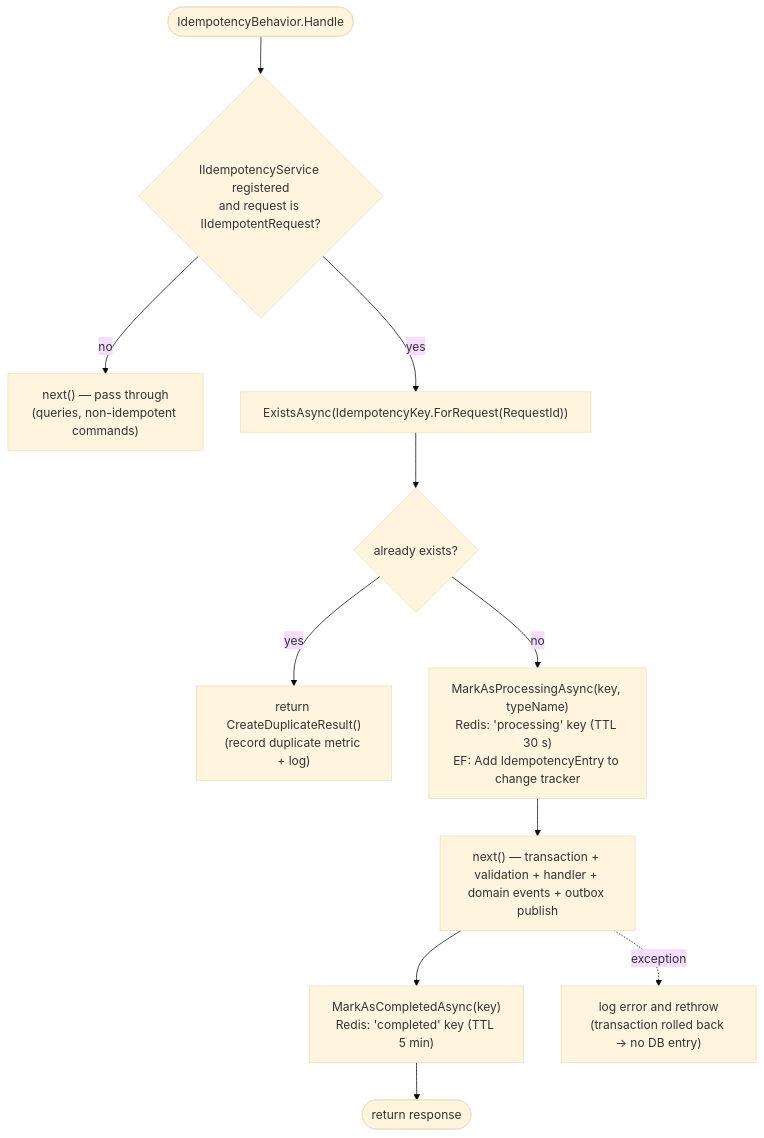
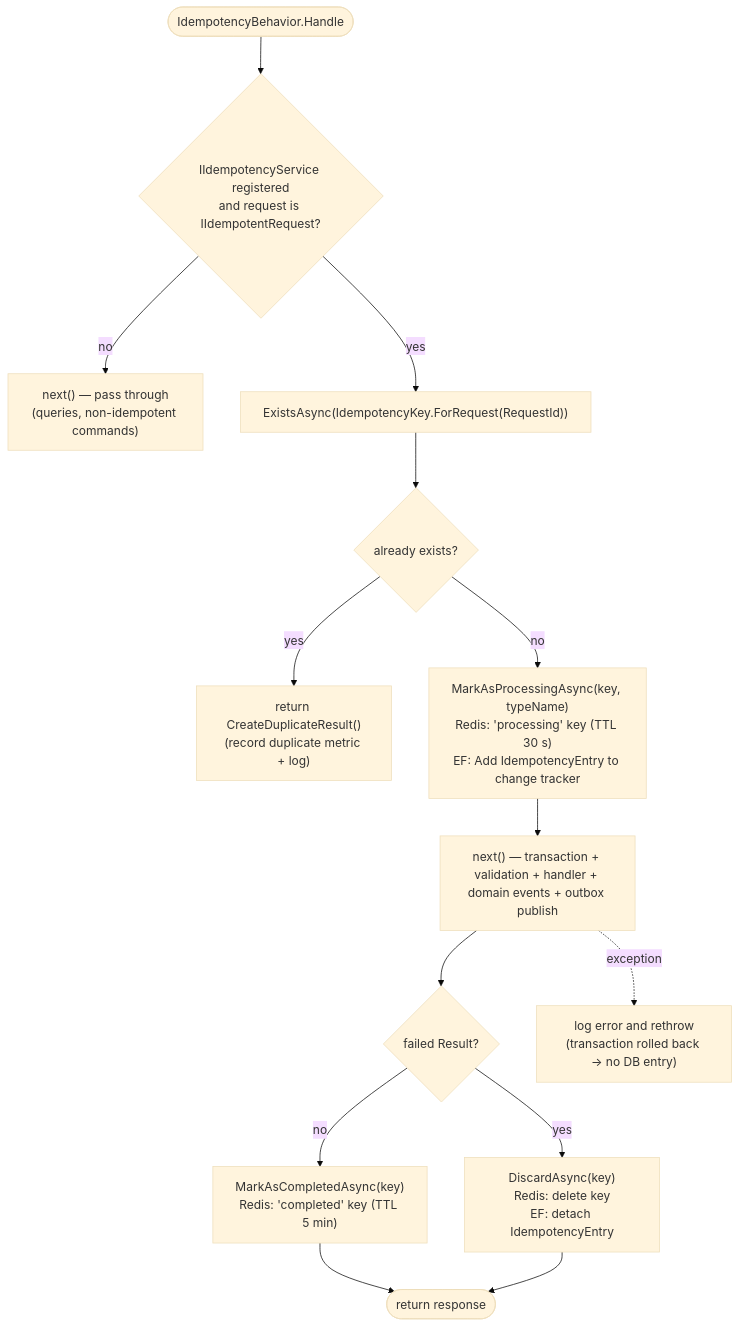
The second of 5 diagrams in docs/architecture/04-idempotency.md (miquelalcaraz/Labs.ServicePlatform), drawn with Mermaid (base theme) before and after one commit. The commit also changed other lines of this file and 6 other files, not shown here.

First line of the commit message:
Document idempotency rollback on failed results

````diff
--- a/docs/architecture/04-idempotency.md
+++ b/docs/architecture/04-idempotency.md
@@ -109,13 +111,16 @@
 ```mermaid
 flowchart TB
     S([IdempotencyBehavior.Handle]) --> A{"IIdempotencyService registered<br/>and request is IIdempotentRequest?"}
     A -- no --> P["next() — pass through<br/>(queries, non-idempotent commands)"]
     A -- yes --> B["ExistsAsync(IdempotencyKey.ForRequest(RequestId))"]
     B --> C{"already exists?"}
     C -- yes --> D["return CreateDuplicateResult()<br/>(record duplicate metric + log)"]
     C -- no --> E["MarkAsProcessingAsync(key, typeName)<br/>Redis: 'processing' key (TTL 30 s)<br/>EF: Add IdempotencyEntry to change tracker"]
     E --> F["next() — transaction + validation + handler + domain events + outbox publish"]
-    F --> G["MarkAsCompletedAsync(key)<br/>Redis: 'completed' key (TTL 5 min)"]
+    F --> FR{"failed Result?"}
+    FR -- no --> G["MarkAsCompletedAsync(key)<br/>Redis: 'completed' key (TTL 5 min)"]
+    FR -- yes --> DS["DiscardAsync(key)<br/>Redis: delete key<br/>EF: detach IdempotencyEntry"]
     G --> R([return response])
+    DS --> R
     F -. exception .-> X["log error and rethrow<br/>(transaction rolled back → no DB entry)"]
 ```
````
